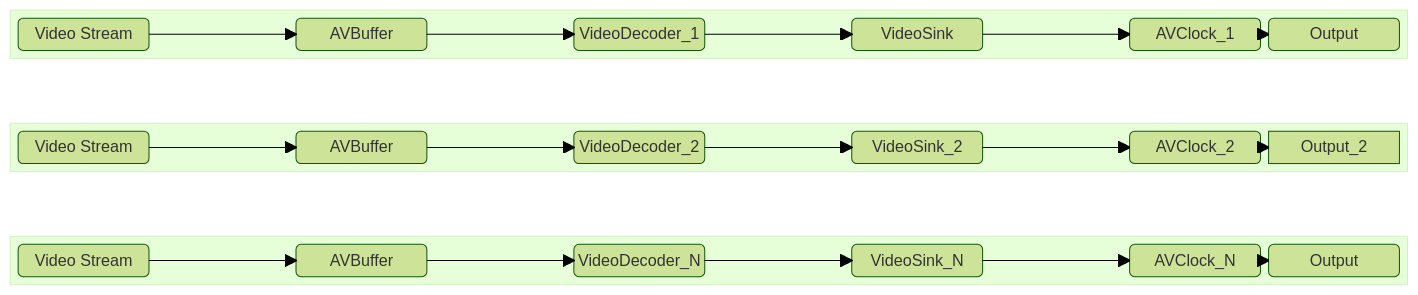
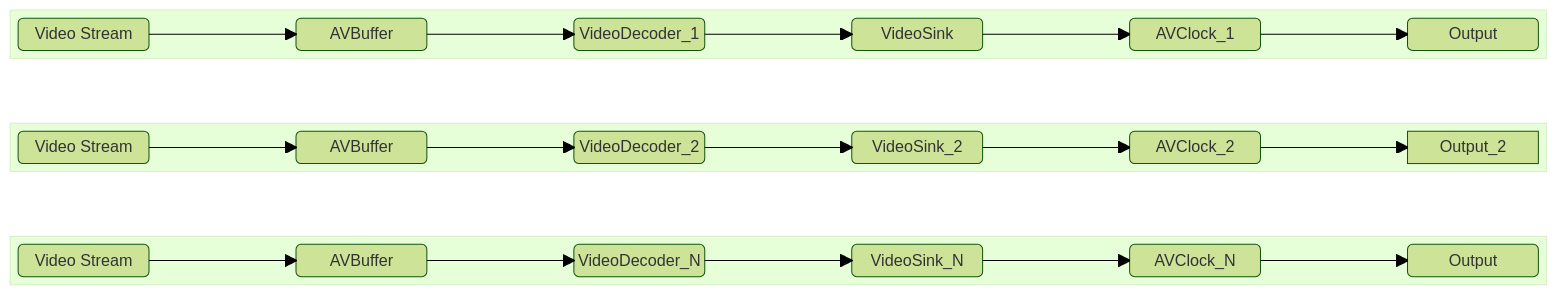
One commit to davidkoo-brcm/rdk-halif-aidl-test-avclock changed the seventh of 8 diagrams in docs/pages/avClock_High-Level-3_TestSpecification.md. Above: the diagram before and after it, drawn with Mermaid (forest theme). The commit also changed other lines of this file, not shown here.

````diff
--- a/docs/pages/avClock_High-Level-3_TestSpecification.md
+++ b/docs/pages/avClock_High-Level-3_TestSpecification.md
@@ -193,30 +193,30 @@
 ```mermaid
 block-beta
 columns 1
     block:1
-        VideoStream_1("Video Stream") space AVBuffer_1("AVBuffer") space VideoDecoder_1("VideoDecoder_1") space VideoSink_1("VideoSink") space AVClock_1("AVClock_1") Output_1("Output")
+        VideoStream_1("Video Stream") space AVBuffer_1("AVBuffer") space VideoDecoder_1("VideoDecoder_1") space VideoSink_1("VideoSink") space AVClock_1("AVClock_1") space Output_1("Output")
         VideoStream_1 --> AVBuffer_1
         AVBuffer_1 --> VideoDecoder_1
         VideoDecoder_1 --> VideoSink_1
         VideoSink_1 --> AVClock_1
         AVClock_1 --> Output_1
     end
     space
     block:2
-        VideoStream_2("Video Stream") space AVBuffer_2("AVBuffer") space VideoDecoder_2("VideoDecoder_2") space VideoSink_2("VideoSink_2") space AVClock_2("AVClock_2") Output_1("Output")
+        VideoStream_2("Video Stream") space AVBuffer_2("AVBuffer") space VideoDecoder_2("VideoDecoder_2") space VideoSink_2("VideoSink_2") space AVClock_2("AVClock_2") space Output_1("Output")
         VideoStream_2 --> AVBuffer_2
         AVBuffer_2 --> VideoDecoder_2
         VideoDecoder_2 --> VideoSink_2
         VideoSink_2 --> AVClock_2
         AVClock_2 --> Output_2
     end
     space
     block:N
-        VideoStream_N("Video Stream") space AVBuffer_N("AVBuffer") space VideoDecoder_N("VideoDecoder_N") space VideoSink_N("VideoSink_N") space AVClock_N("AVClock_N") Output_N("Output")
+        VideoStream_N("Video Stream") space AVBuffer_N("AVBuffer") space VideoDecoder_N("VideoDecoder_N") space VideoSink_N("VideoSink_N") space AVClock_N("AVClock_N") space Output_N("Output")
         VideoStream_N --> AVBuffer_N
         AVBuffer_N --> VideoDecoder_N
         VideoDecoder_N--> VideoSink_N
         VideoSink_N --> AVClock_N
         AVClock_N --> Output_N
     end
 ```
````
